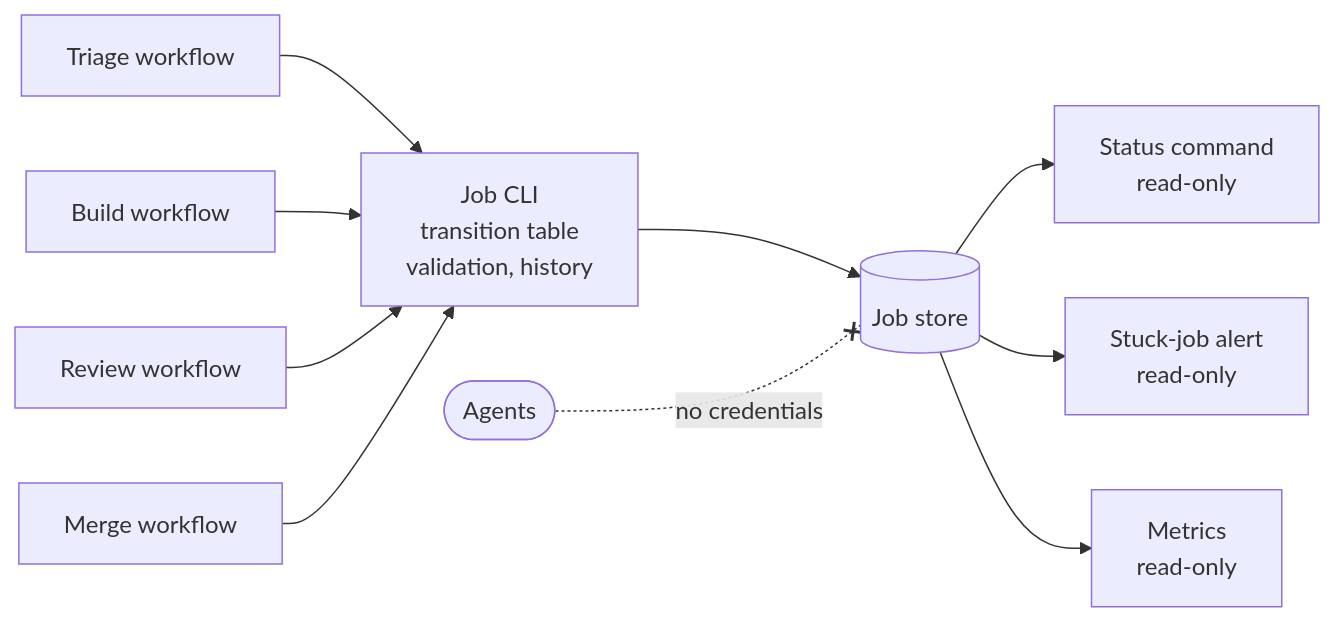
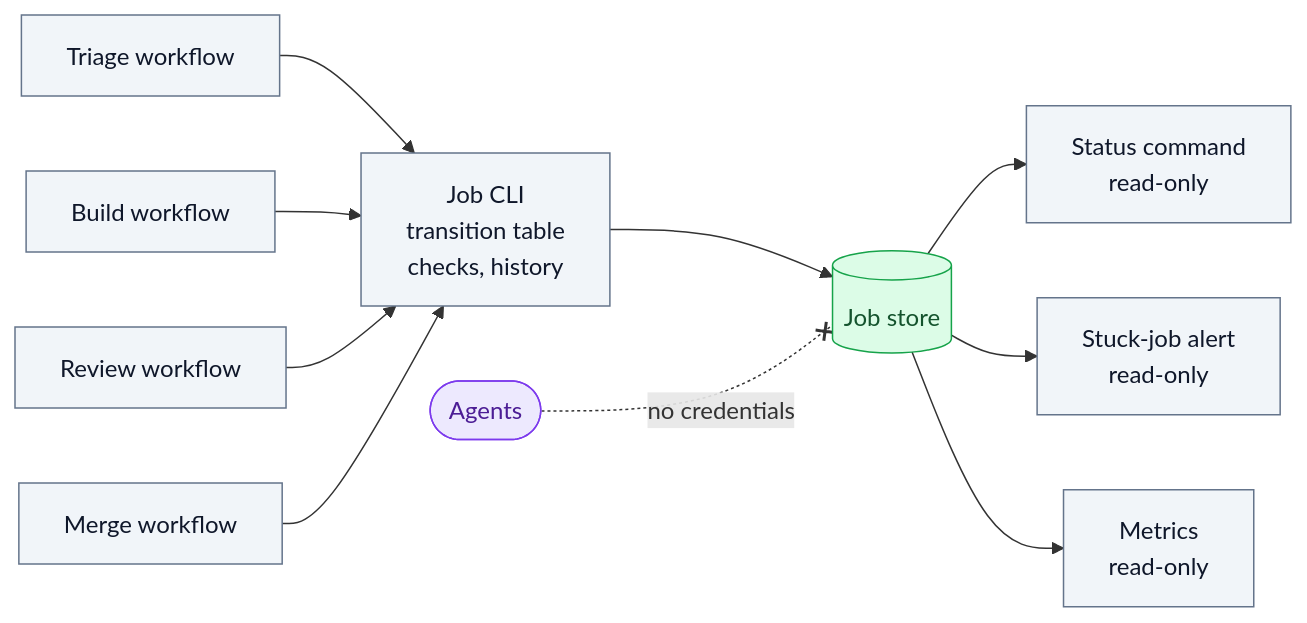
The diagram in docs/02-deterministic-spine/single-writer.md (icelink-ai/software-factory-manifesto), drawn with Mermaid before and after one commit. The commit also changed other lines of this file and 73 other files, not shown here.

````diff
--- a/docs/02-deterministic-spine/single-writer.md
+++ b/docs/02-deterministic-spine/single-writer.md
@@ -29,12 +38,17 @@
 ```mermaid
 flowchart LR
-    W1[Triage workflow] --> CLI
-    W2[Build workflow] --> CLI
-    W3[Review workflow] --> CLI
-    W4[Merge workflow] --> CLI
-    CLI["Job CLI<br/>transition table<br/>validation, history"] --> DB[(Job store)]
-    DB --> R1["Status command<br/>read-only"]
-    DB --> R2["Stuck-job alert<br/>read-only"]
-    DB --> R3["Metrics<br/>read-only"]
-    AG(["Agents"]) -. no credentials .-x DB
+    W1["Triage workflow"]:::script --> CLI
+    W2["Build workflow"]:::script --> CLI
+    W3["Review workflow"]:::script --> CLI
+    W4["Merge workflow"]:::script --> CLI
+    CLI["Job CLI<br/>transition table<br/>checks, history"]:::script --> DB[("Job store")]:::state
+    DB --> R1["Status command<br/>read-only"]:::script
+    DB --> R2["Stuck-job alert<br/>read-only"]:::script
+    DB --> R3["Metrics<br/>read-only"]:::script
+    AG(["Agents"]):::agent -. no credentials .-x DB
+    classDef person fill:#dbeafe,stroke:#2563eb,color:#1e3a8a
+    classDef script fill:#f1f5f9,stroke:#64748b,color:#0f172a
+    classDef agent fill:#ede9fe,stroke:#7c3aed,color:#4c1d95
+    classDef state fill:#dcfce7,stroke:#16a34a,color:#14532d
+    classDef stop fill:#ffedd5,stroke:#ea580c,color:#7c2d12
 ```
````
